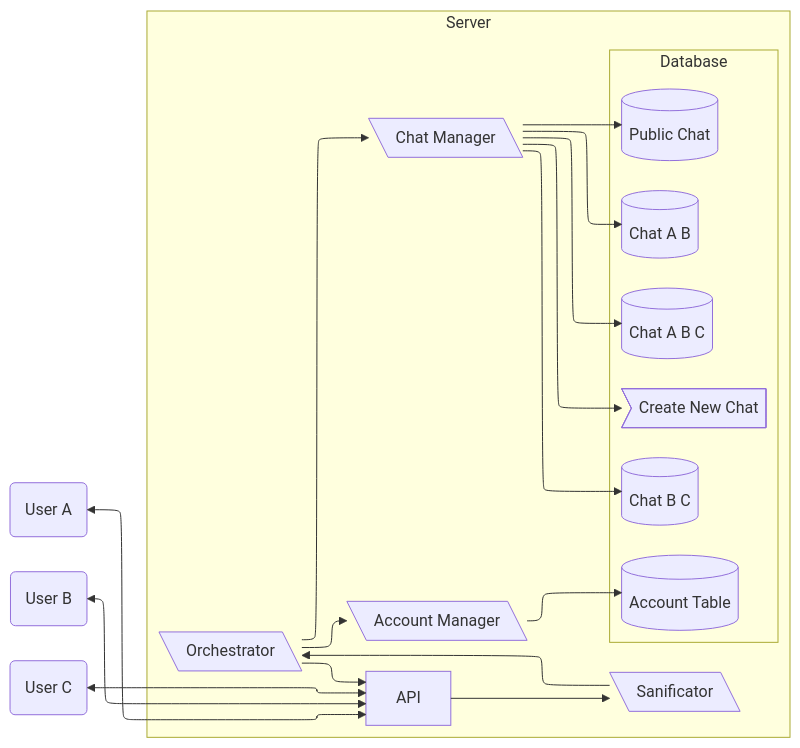
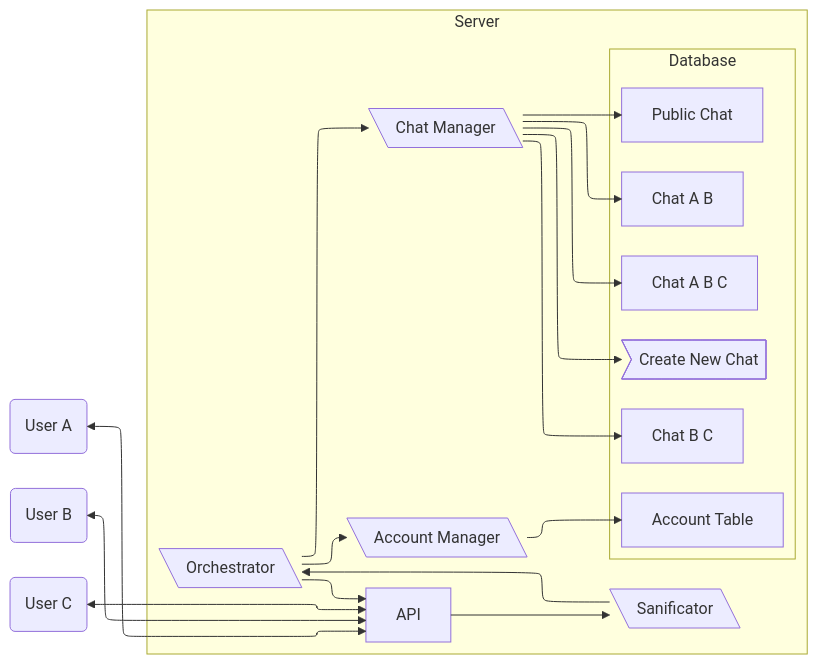
The diagram in README.md (CoderXYZ7/RPiChat), drawn with Mermaid before and after one commit. The commit also changed 126 other files, not shown here.

````diff
--- a/README.md
+++ b/README.md
@@ -1,45 +1,42 @@
 ```mermaid
 ---
 config:
   layout: elk
 ---
 flowchart LR
  subgraph Database["Database"]
         chat1["Chat A B"]
         chat2["Chat B C"]
         chat3["Chat A B C"]
         chatp["Public Chat"]
         createchat>"Create New Chat"]
         accountt["Account Table"]
   end
  subgraph Server["Server"]
         orc["Orchestrator"]
         san["Sanificator"]
         api["API"]
         accountm["Account Manager"]
         chatmgr["Chat Manager"]
         Database
   end
     orc --> chatmgr & api & accountm
     chatmgr --> chat1 & chat2 & chat3 & chatp & createchat
     api --> san
     san --> orc
     accountm --> accountt
     device1["User A"] <--> api
     device2["User B"] <--> api
     device3["User C"] <--> api
 
-    chat1@{ shape: cyl}
-    chat2@{ shape: cyl}
-    chat3@{ shape: cyl}
-    chatp@{ shape: cyl}
-    accountt@{ shape: db}
+
+
     orc@{ shape: lean-l}
     san@{ shape: lean-l}
     api@{ shape: rect}
     accountm@{ shape: lean-l}
     chatmgr@{ shape: lean-l}
     device1@{ shape: rounded}
     device2@{ shape: rounded}
     device3@{ shape: rounded}
 ```
````
